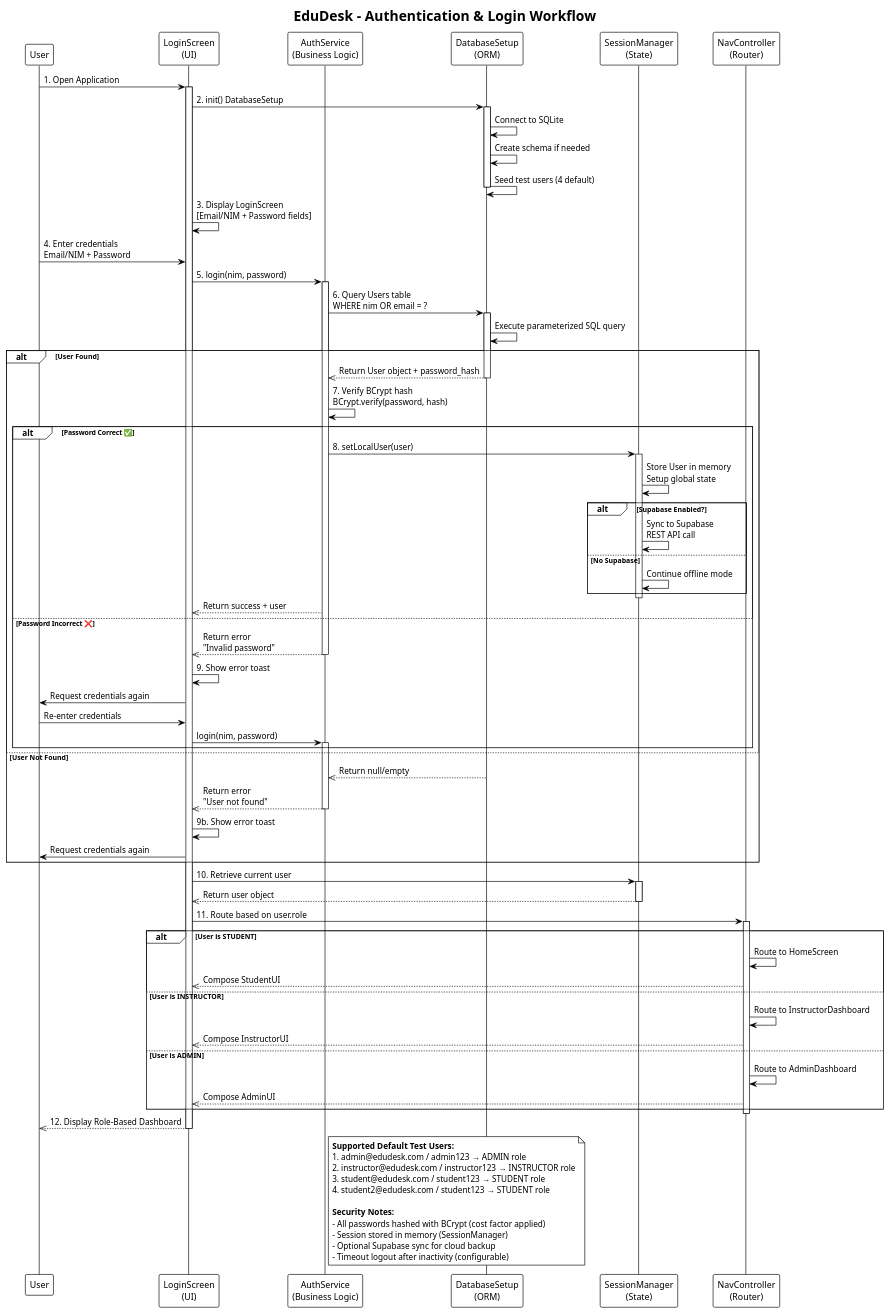
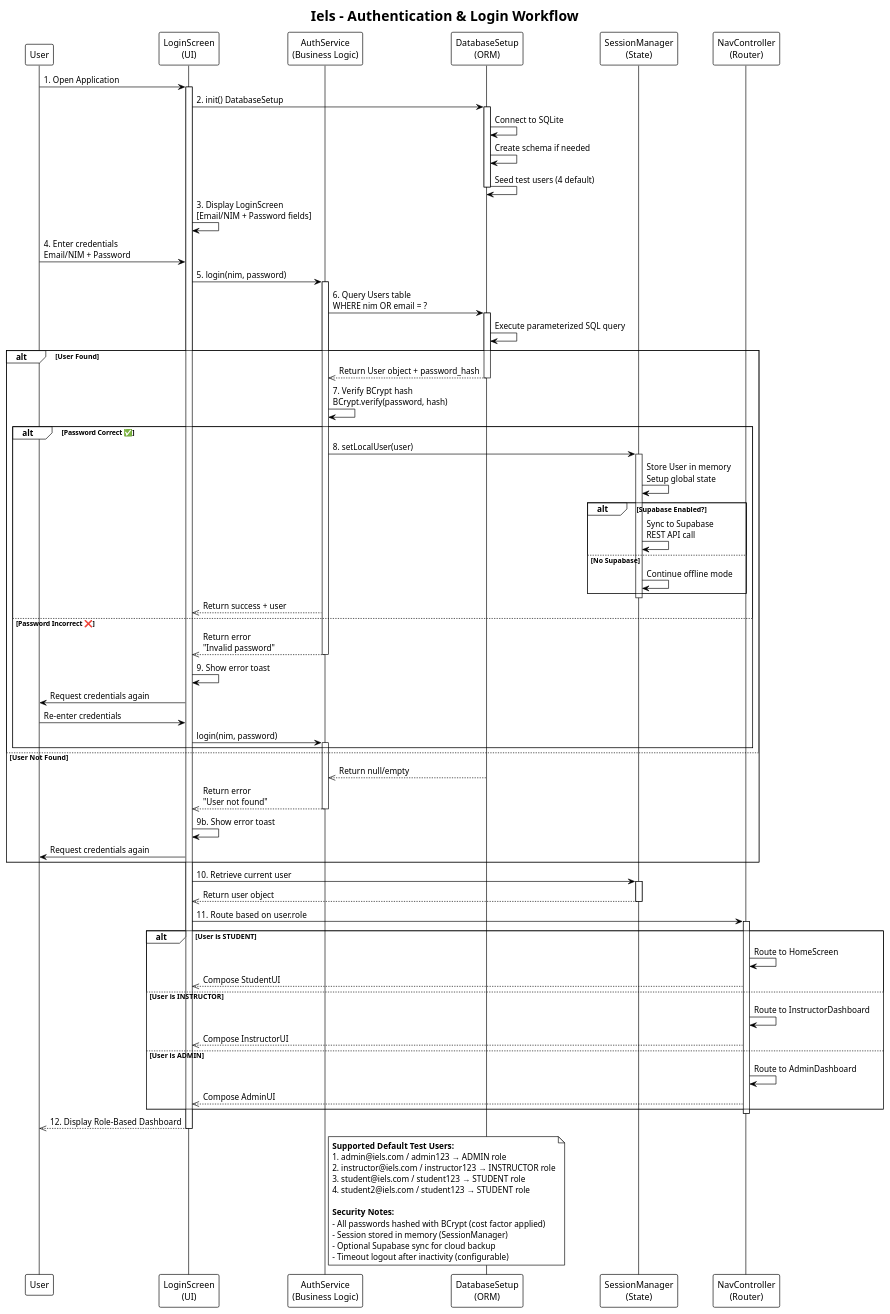
The diagram in ACTIVITY_DIAGRAM_AUTH.puml (Codift05/LMSfor-UNSRAT), drawn with PlantUML before and after one commit. The commit also changed 129 other files, not shown here.

```diff
--- a/ACTIVITY_DIAGRAM_AUTH.puml
+++ b/ACTIVITY_DIAGRAM_AUTH.puml
@@ -1,117 +1,117 @@
 @startuml Authentication_Flow
 !theme plain
-title EduDesk - Authentication & Login Workflow
+title Iels - Authentication & Login Workflow
 
 skinparam ActivityBackgroundColor #496E96
 skinparam ActivityBorderColor #2D2F31
 skinparam ActivityFontColor #FFFFFF
 skinparam DecisionBackgroundColor #F000FF
 skinparam DecisionBorderColor #2D2F31
 skinparam DecisionFontColor #FFFFFF
 
 participant User
 participant "LoginScreen\n(UI)" as UI
 participant "AuthService\n(Business Logic)" as Auth
 participant "DatabaseSetup\n(ORM)" as DB
 participant "SessionManager\n(State)" as Session
 participant "NavController\n(Router)" as Nav
 
 User -> UI: 1. Open Application
 activate UI
 
 UI -> DB: 2. init() DatabaseSetup
 activate DB
 DB -> DB: Connect to SQLite
 DB -> DB: Create schema if needed
 DB -> DB: Seed test users (4 default)
 deactivate DB
 
 UI -> UI: 3. Display LoginScreen\n[Email/NIM + Password fields]
 
 User -> UI: 4. Enter credentials\nEmail/NIM + Password
 
 UI -> Auth: 5. login(nim, password)
 activate Auth
 
 Auth -> DB: 6. Query Users table\nWHERE nim OR email = ?
 activate DB
 DB -> DB: Execute parameterized SQL query
 alt User Found
     DB -->> Auth: Return User object + password_hash
     deactivate DB
     
     Auth -> Auth: 7. Verify BCrypt hash\nBCrypt.verify(password, hash)
     alt Password Correct ✅
         Auth -> Session: 8. setLocalUser(user)
         activate Session
         Session -> Session: Store User in memory\nSetup global state
         
         alt Supabase Enabled?
             Session -> Session: Sync to Supabase\nREST API call
         else No Supabase
             Session -> Session: Continue offline mode
         end
         
         deactivate Session
         
         Auth -->> UI: Return success + user
     else Password Incorrect ❌
         Auth -->> UI: Return error\n"Invalid password"
         deactivate Auth
         UI -> UI: 9. Show error toast
         UI -> User: Request credentials again
         User -> UI: Re-enter credentials
         UI -> Auth: login(nim, password)
         activate Auth
         ' ... retry loop continues
     end
 else User Not Found
     DB -->> Auth: Return null/empty
     deactivate DB
     Auth -->> UI: Return error\n"User not found"
     deactivate Auth
     UI -> UI: 9b. Show error toast
     UI -> User: Request credentials again
 end
 
 deactivate Auth
 
 UI -> Session: 10. Retrieve current user
 activate Session
 Session -->> UI: Return user object
 deactivate Session
 
 UI -> Nav: 11. Route based on user.role
 activate Nav
 
 alt User is STUDENT
     Nav -> Nav: Route to HomeScreen
     Nav -->> UI: Compose StudentUI
 else User is INSTRUCTOR
     Nav -> Nav: Route to InstructorDashboard
     Nav -->> UI: Compose InstructorUI
 else User is ADMIN
     Nav -> Nav: Route to AdminDashboard
     Nav -->> UI: Compose AdminUI
 end
 
 deactivate Nav
 
 UI -->> User: 12. Display Role-Based Dashboard
 deactivate UI
 
 note right of Auth
     **Supported Default Test Users:**
-    1. admin@edudesk.com / admin123 → ADMIN role
-    2. instructor@edudesk.com / instructor123 → INSTRUCTOR role
-    3. student@edudesk.com / student123 → STUDENT role
-    4. student2@edudesk.com / student123 → STUDENT role
+    1. admin@iels.com / admin123 → ADMIN role
+    2. instructor@iels.com / instructor123 → INSTRUCTOR role
+    3. student@iels.com / student123 → STUDENT role
+    4. student2@iels.com / student123 → STUDENT role
     
     **Security Notes:**
     - All passwords hashed with BCrypt (cost factor applied)
     - Session stored in memory (SessionManager)
     - Optional Supabase sync for cloud backup
     - Timeout logout after inactivity (configurable)
 end note
 
 @enduml
```
